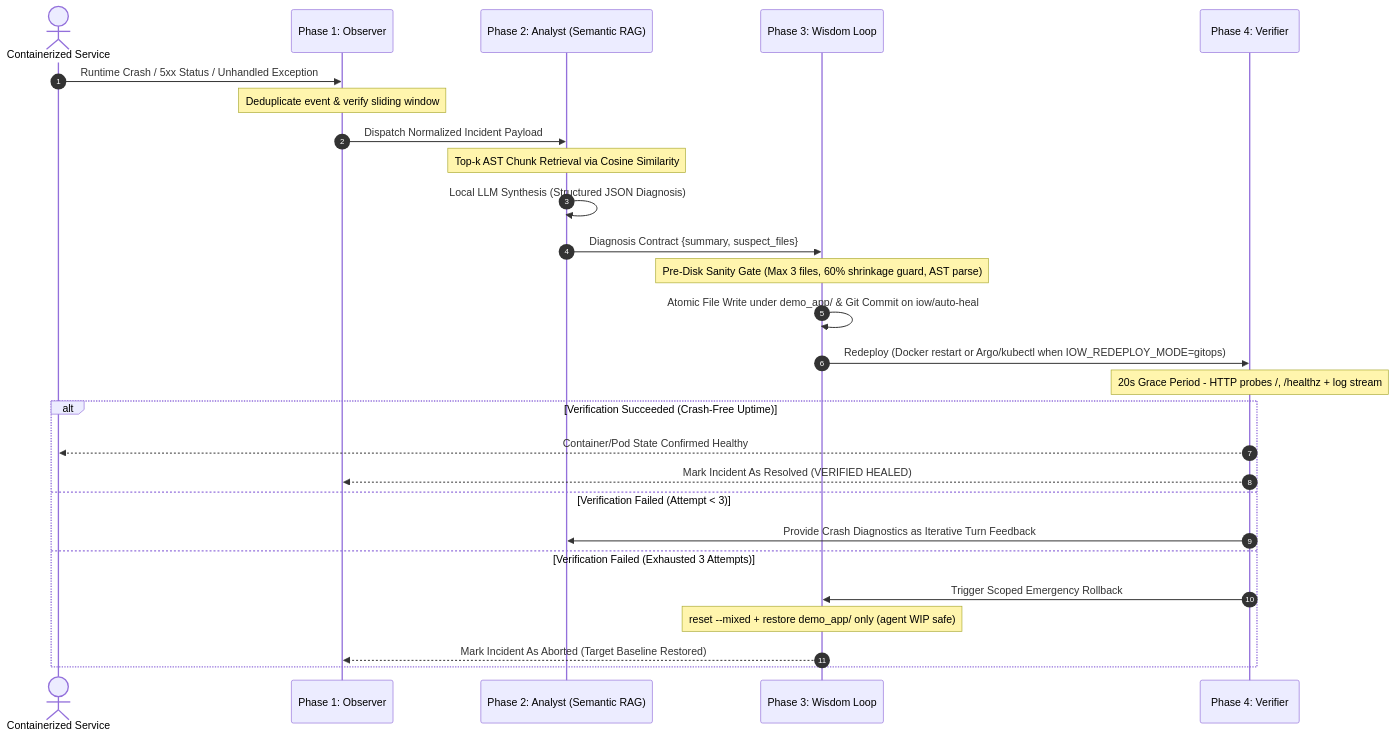
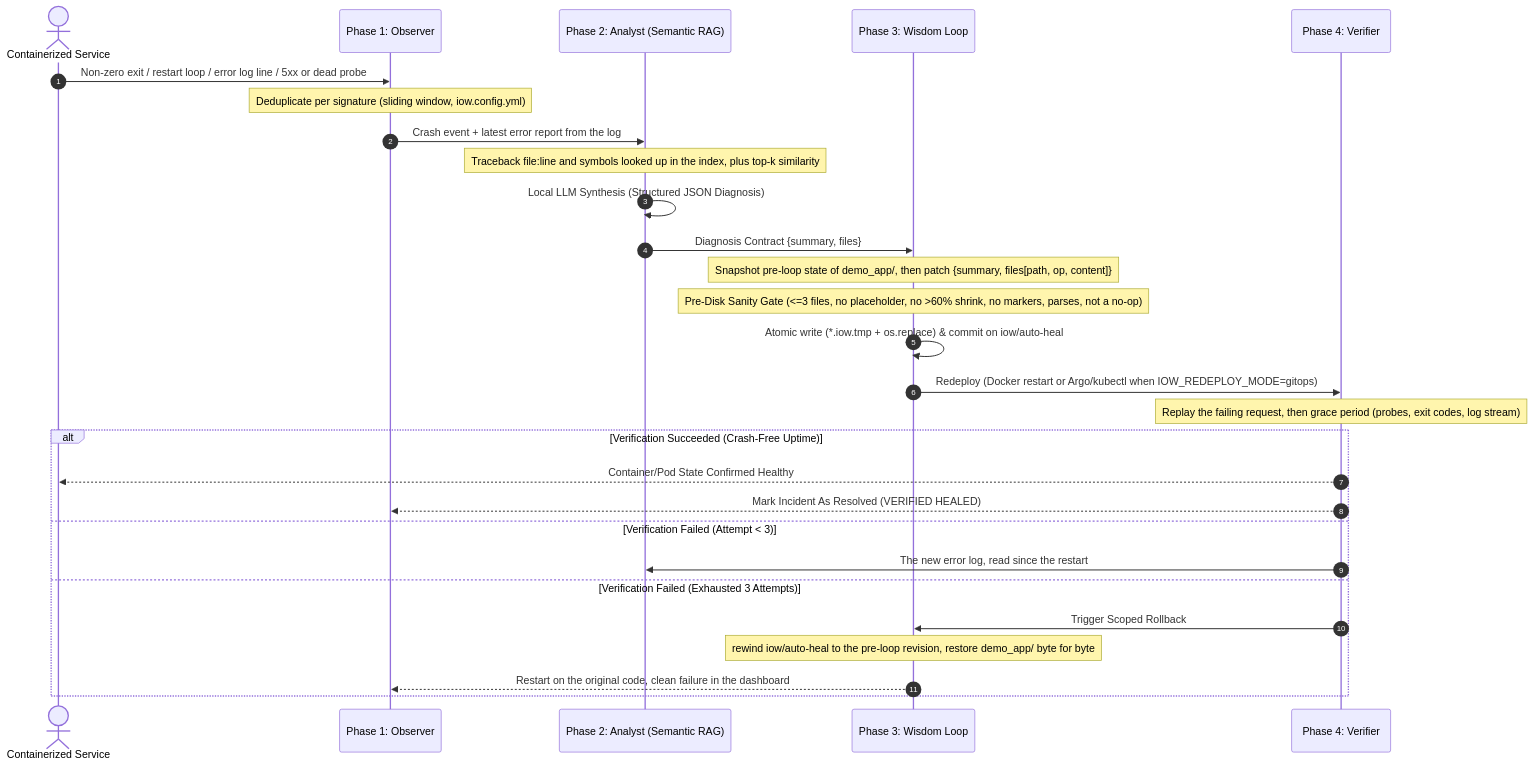
One commit to andrijajovanovic98/inception-of-wisdom changed the first of 2 diagrams in README.md. Above: the diagram before and after it, drawn with Mermaid. The commit also changed other lines of this file and 64 other files, not shown here.

````diff
--- a/README.md
+++ b/README.md
@@ -55,30 +55,31 @@
 ```mermaid
 sequenceDiagram
     autonumber
     actor Target as Containerized Service
     participant Obs as Phase 1: Observer
     participant Ana as Phase 2: Analyst (Semantic RAG)
     participant Wis as Phase 3: Wisdom Loop
     participant Ver as Phase 4: Verifier
     
-    Target->>Obs: Runtime Crash / 5xx Status / Unhandled Exception
-    Note over Obs: Deduplicate event & verify sliding window
-    Obs->>Ana: Dispatch Normalized Incident Payload
-    Note over Ana: Top-k AST Chunk Retrieval via Cosine Similarity
+    Target->>Obs: Non-zero exit / restart loop / error log line / 5xx or dead probe
+    Note over Obs: Deduplicate per signature (sliding window, iow.config.yml)
+    Obs->>Ana: Crash event + latest error report from the log
+    Note over Ana: Traceback file:line and symbols looked up in the index, plus top-k similarity
     Ana->>Ana: Local LLM Synthesis (Structured JSON Diagnosis)
-    Ana->>Wis: Diagnosis Contract {summary, suspect_files}
-    Note over Wis: Pre-Disk Sanity Gate (Max 3 files, 60% shrinkage guard, AST parse)
-    Wis->>Wis: Atomic File Write under demo_app/ & Git Commit on iow/auto-heal
+    Ana->>Wis: Diagnosis Contract {summary, files}
+    Note over Wis: Snapshot pre-loop state of demo_app/, then patch {summary, files[path, op, content]}
+    Note over Wis: Pre-Disk Sanity Gate (<=3 files, no placeholder, no >60% shrink, no markers, parses, not a no-op)
+    Wis->>Wis: Atomic write (*.iow.tmp + os.replace) & commit on iow/auto-heal
     Wis->>Ver: Redeploy (Docker restart or Argo/kubectl when IOW_REDEPLOY_MODE=gitops)
-    Note over Ver: 20s Grace Period - HTTP probes /, /healthz + log stream
+    Note over Ver: Replay the failing request, then grace period (probes, exit codes, log stream)
     alt Verification Succeeded (Crash-Free Uptime)
         Ver-->>Target: Container/Pod State Confirmed Healthy
         Ver-->>Obs: Mark Incident As Resolved (VERIFIED HEALED)
     else Verification Failed (Attempt < 3)
-        Ver->>Ana: Provide Crash Diagnostics as Iterative Turn Feedback
+        Ver->>Ana: The new error log, read since the restart
     else Verification Failed (Exhausted 3 Attempts)
-        Ver->>Wis: Trigger Scoped Emergency Rollback
-        Note over Wis: reset --mixed + restore demo_app/ only (agent WIP safe)
-        Wis-->>Obs: Mark Incident As Aborted (Target Baseline Restored)
+        Ver->>Wis: Trigger Scoped Rollback
+        Note over Wis: rewind iow/auto-heal to the pre-loop revision, restore demo_app/ byte for byte
+        Wis-->>Obs: Restart on the original code, clean failure in the dashboard
     end
 ```
````
